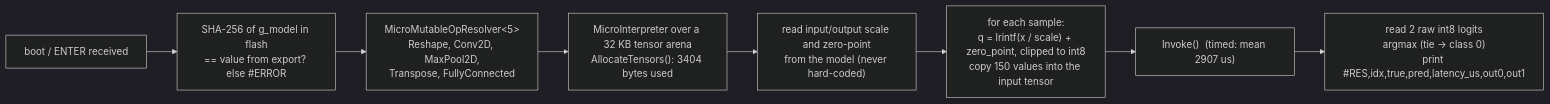
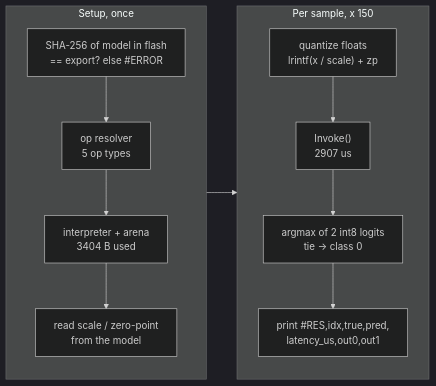
The second of 2 diagrams in README.md (ubaidur404786/edge32_gunpoint), drawn with Mermaid (dark theme) before and after one commit. The commit also changed other lines of this file, not shown here.

Commit message:
README: compact multi-column architecture diagrams

````diff
--- a/README.md
+++ b/README.md
@@ -60,10 +62,16 @@
 ```mermaid
 flowchart LR
-    S1["boot / ENTER received"] --> S2["SHA-256 of g_model in flash<br/>== value from export? else #ERROR"]
-    S2 --> S3["MicroMutableOpResolver&lt;5&gt;<br/>Reshape, Conv2D, MaxPool2D,<br/>Transpose, FullyConnected"]
-    S3 --> S4["MicroInterpreter over a 32 KB tensor arena<br/>AllocateTensors(): 3404 bytes used"]
-    S4 --> S5["read input/output scale and zero-point<br/>from the model (never hard-coded)"]
-    S5 --> S6["for each sample:<br/>q = lrintf(x / scale) + zero_point, clipped to int8<br/>copy 150 values into the input tensor"]
-    S6 --> S7["Invoke()  (timed: mean 2907 us)"]
-    S7 --> S8["read 2 raw int8 logits<br/>argmax (tie -> class 0)<br/>print #RES,idx,true,pred,latency_us,out0,out1"]
+    subgraph S["Setup, once"]
+        direction TB
+        a["SHA-256 of model in flash<br/>== export? else #ERROR"] --> b["op resolver<br/>5 op types"]
+        b --> c["interpreter + arena<br/>3404 B used"]
+        c --> d["read scale / zero-point<br/>from the model"]
+    end
+    subgraph R["Per sample, x 150"]
+        direction TB
+        e["quantize floats<br/>lrintf(x / scale) + zp"] --> f["Invoke()<br/>2907 us"]
+        f --> g["argmax of 2 int8 logits<br/>tie -> class 0"]
+        g --> h["print #RES,idx,true,pred,<br/>latency_us,out0,out1"]
+    end
+    d --> e
 ```
````
